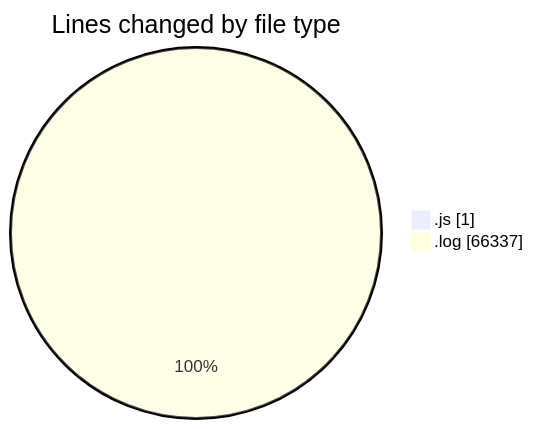
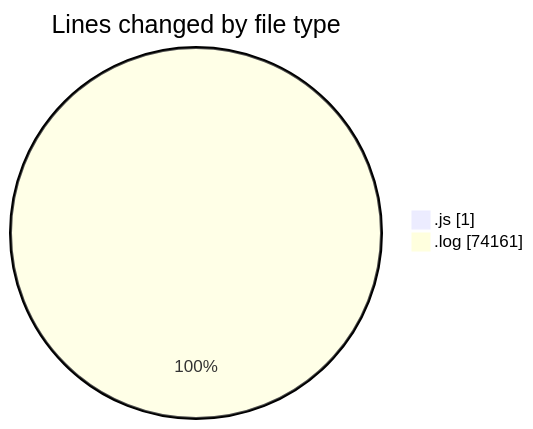
Before and after one commit to nxtqubesakshisongat/code-tracking: the first of 2 diagrams in 2025-05-28/nxtqube_webapp/README.md, drawn with Mermaid. The commit also changed other lines of this file and 1 other file, not shown here.

````diff
--- a/2025-05-28/nxtqube_webapp/README.md
+++ b/2025-05-28/nxtqube_webapp/README.md
@@ -22,6 +22,6 @@
 ```mermaid
 pie showData
 title Lines changed by file type
 ".js" : 1
-".log" : 66337
+".log" : 74161
 ```
````
